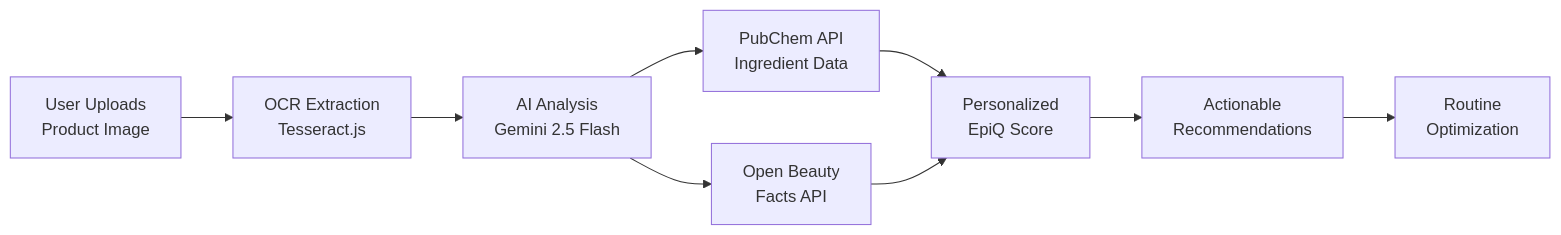
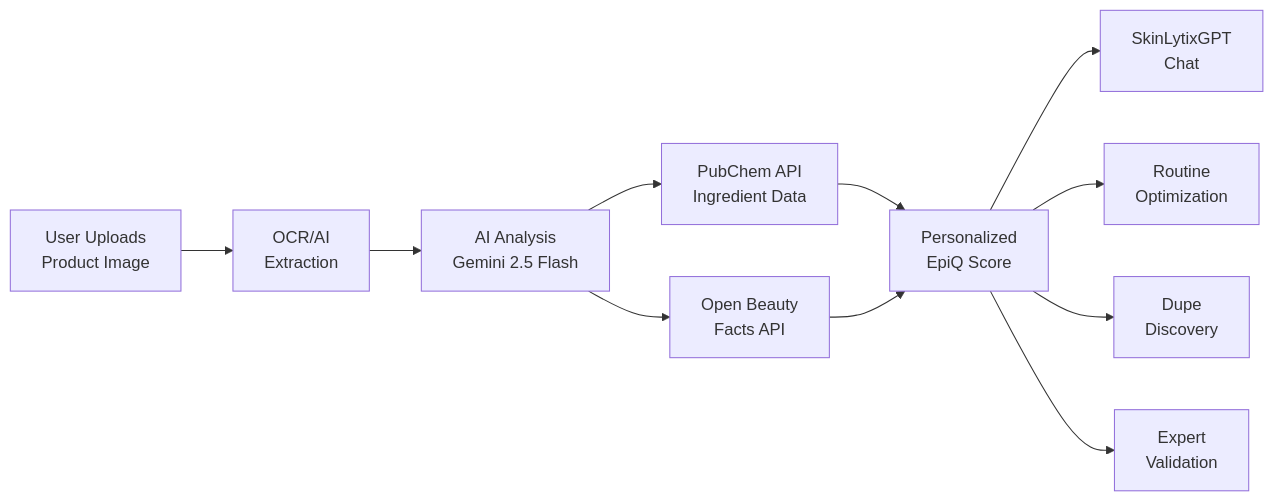
Before and after one commit to cedricevans/SkinLytix: the diagram in docs/business/PRD.md, drawn with Mermaid. The commit also changed other lines of this file and 5 other files, not shown here.

````diff
--- a/docs/business/PRD.md
+++ b/docs/business/PRD.md
@@ -73,11 +76,13 @@
 ```mermaid
 graph LR
-    A[User Uploads<br/>Product Image] --> B[OCR Extraction<br/>Tesseract.js]
+    A[User Uploads<br/>Product Image] --> B[OCR/AI<br/>Extraction]
     B --> C[AI Analysis<br/>Gemini 2.5 Flash]
     C --> D[PubChem API<br/>Ingredient Data]
     C --> E[Open Beauty<br/>Facts API]
     D --> F[Personalized<br/>EpiQ Score]
     E --> F
-    F --> G[Actionable<br/>Recommendations]
-    G --> H[Routine<br/>Optimization]
+    F --> G[SkinLytixGPT<br/>Chat]
+    F --> H[Routine<br/>Optimization]
+    F --> I[Dupe<br/>Discovery]
+    F --> J[Expert<br/>Validation]
 ```
````
